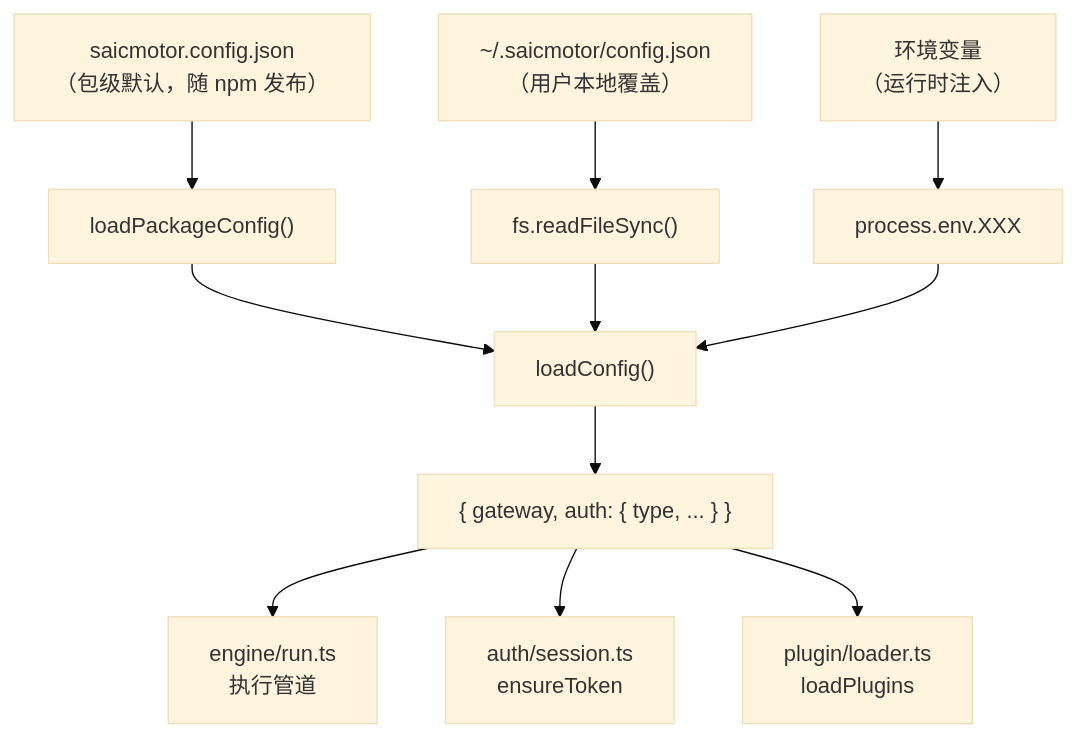
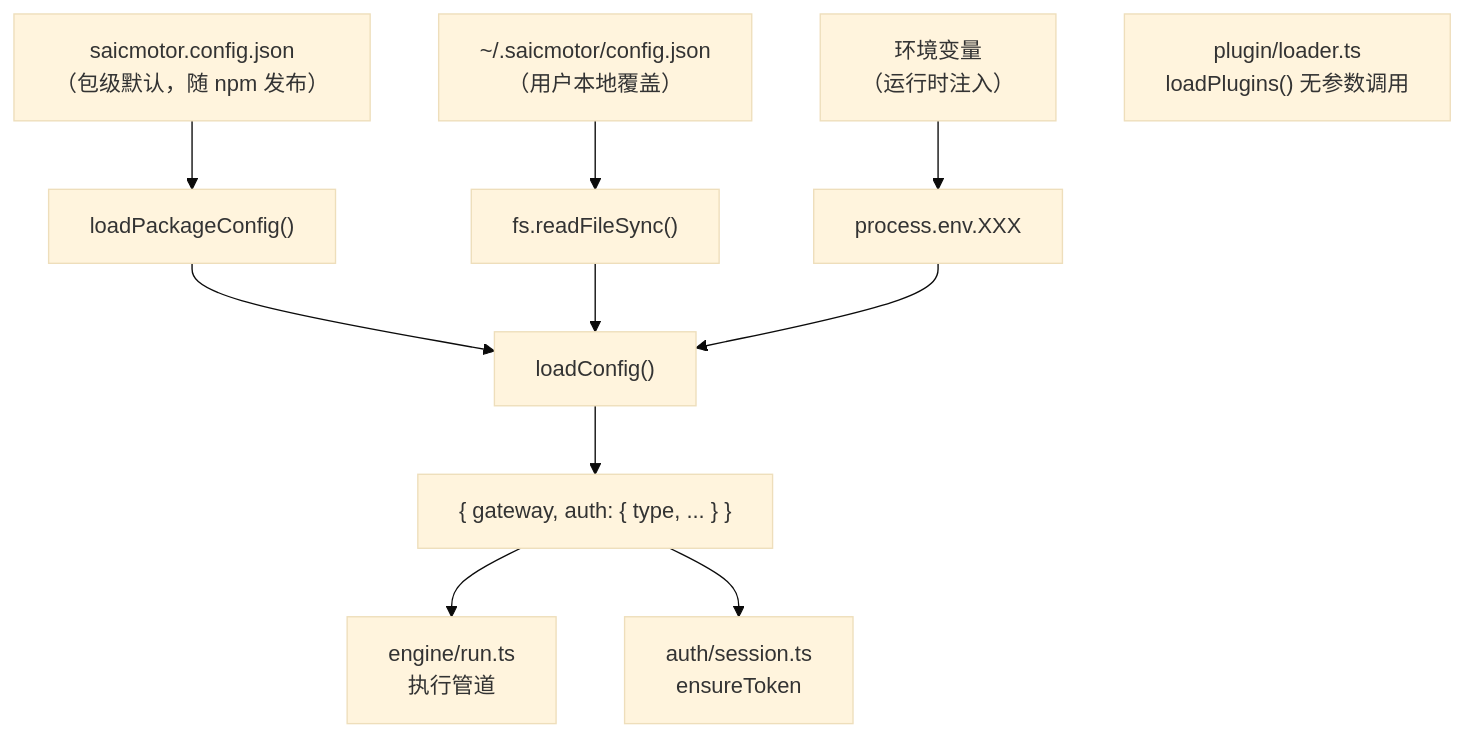
The second of 3 diagrams in howto/framework-v2/08-config-system.md (a5535772/saicmotor-cli), drawn with Mermaid (base theme) before and after one commit. The commit also changed other lines of this file and 2 other files, not shown here.

````diff
--- a/howto/framework-v2/08-config-system.md
+++ b/howto/framework-v2/08-config-system.md
@@ -113,16 +138,17 @@
 ```mermaid
 flowchart TD
     PKG_FILE["saicmotor.config.json<br/>（包级默认，随 npm 发布）"] --> PKG_LOAD["loadPackageConfig()"]
     USER_FILE["~/.saicmotor/config.json<br/>（用户本地覆盖）"] --> USER_LOAD["fs.readFileSync()"]
     ENV_VAR["环境变量<br/>（运行时注入）"] --> ENV_LOAD["process.env.XXX"]
 
     PKG_LOAD --> MERGE["loadConfig()"]
     USER_LOAD --> MERGE
     ENV_LOAD --> MERGE
 
     MERGE --> RESULT["{ gateway, auth: { type, ... } }"]
 
     RESULT --> RUN["engine/run.ts<br/>执行管道"]
     RESULT --> SESSION["auth/session.ts<br/>ensureToken"]
-    RESULT --> LOADER["plugin/loader.ts<br/>loadPlugins"]
+
+    LOADER["plugin/loader.ts<br/>loadPlugins() 无参数调用"]
 ```
````
